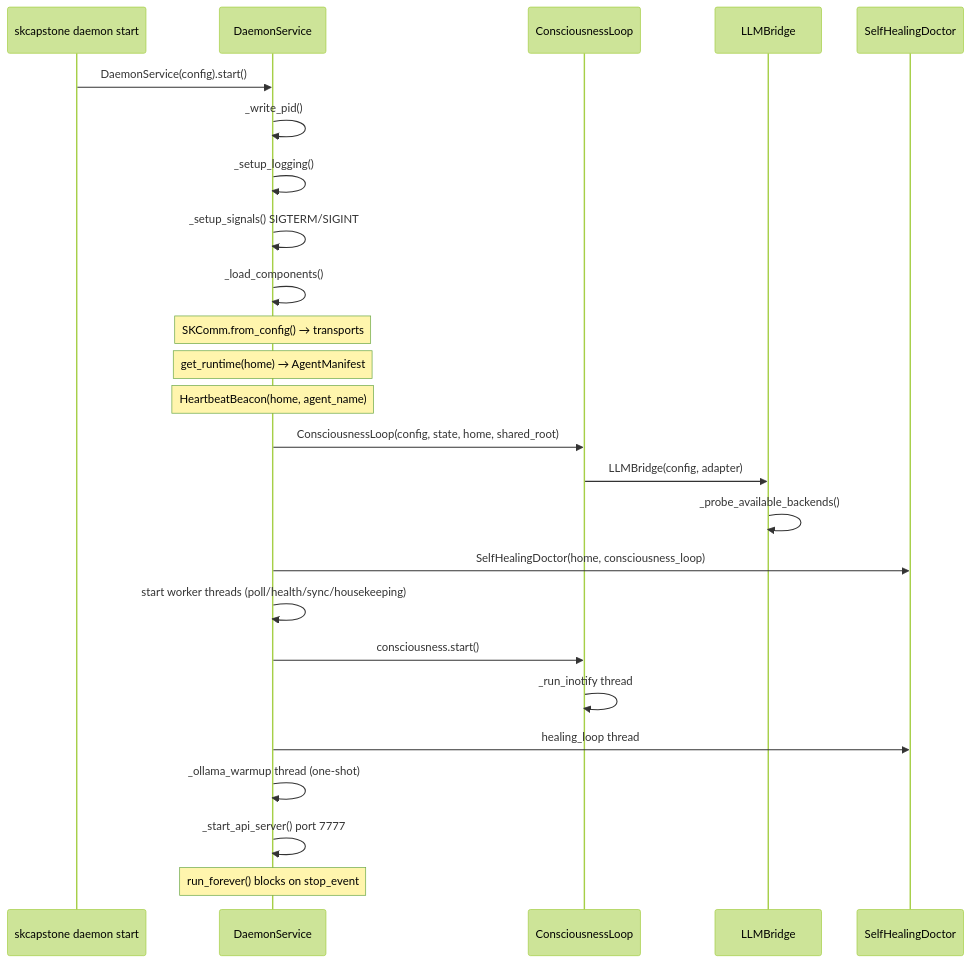
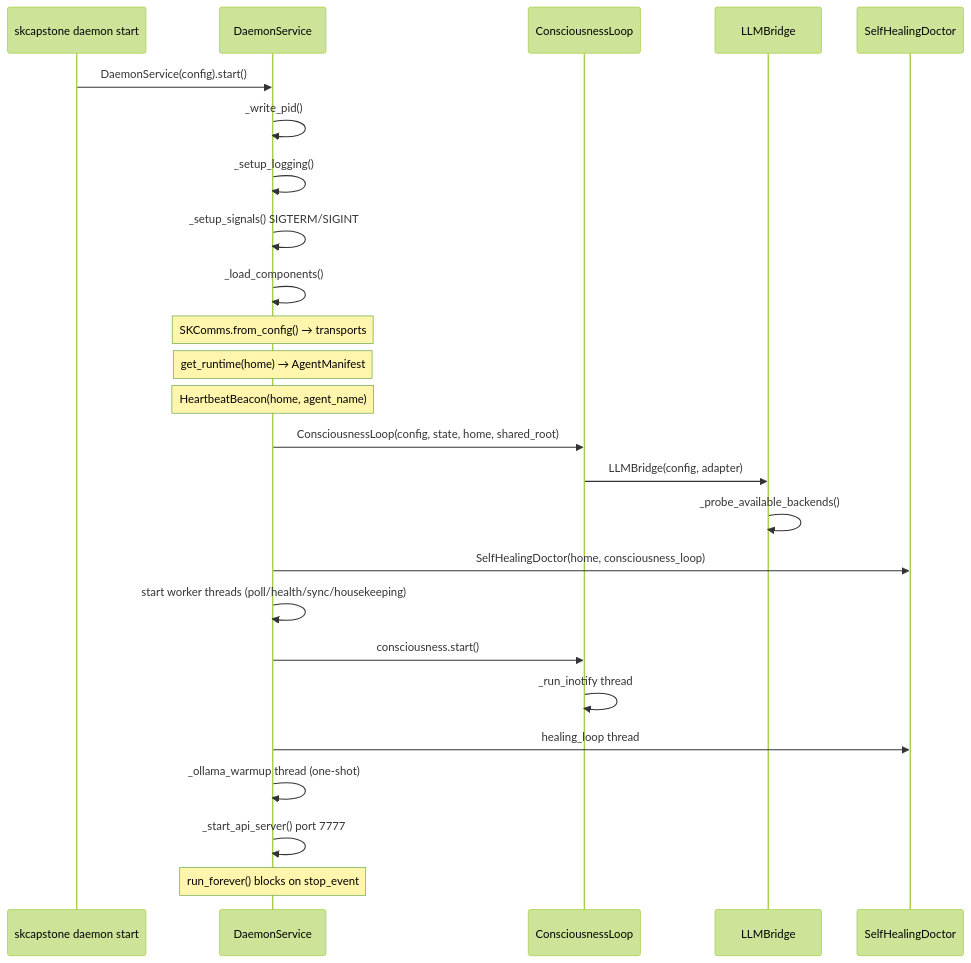
One commit to smilinTux/skcapstone changed the seventh of 8 diagrams in docs/ARCHITECTURE.md. Above: the diagram before and after it, drawn with Mermaid (forest theme). The commit also changed other lines of this file and 88 other files, not shown here.

Commit message:
refactor: migrate skcomm→skcomms (class, env, paths, dependency, skcomm_tools→skcomms_tools)

````diff
--- a/docs/ARCHITECTURE.md
+++ b/docs/ARCHITECTURE.md
@@ -529,28 +529,28 @@
 ```mermaid
 sequenceDiagram
     participant CLI as skcapstone daemon start
     participant D as DaemonService
     participant C as ConsciousnessLoop
     participant LB as LLMBridge
     participant SH as SelfHealingDoctor
 
     CLI->>D: DaemonService(config).start()
     D->>D: _write_pid()
     D->>D: _setup_logging()
     D->>D: _setup_signals() SIGTERM/SIGINT
     D->>D: _load_components()
-    Note over D: SKComm.from_config() → transports
+    Note over D: SKComms.from_config() → transports
     Note over D: get_runtime(home) → AgentManifest
     Note over D: HeartbeatBeacon(home, agent_name)
     D->>C: ConsciousnessLoop(config, state, home, shared_root)
     C->>LB: LLMBridge(config, adapter)
     LB->>LB: _probe_available_backends()
     D->>SH: SelfHealingDoctor(home, consciousness_loop)
     D->>D: start worker threads (poll/health/sync/housekeeping)
     D->>C: consciousness.start()
     C->>C: _run_inotify thread
     D->>SH: healing_loop thread
     D->>D: _ollama_warmup thread (one-shot)
     D->>D: _start_api_server() port 7777
     Note over D: run_forever() blocks on stop_event
 ```
````
